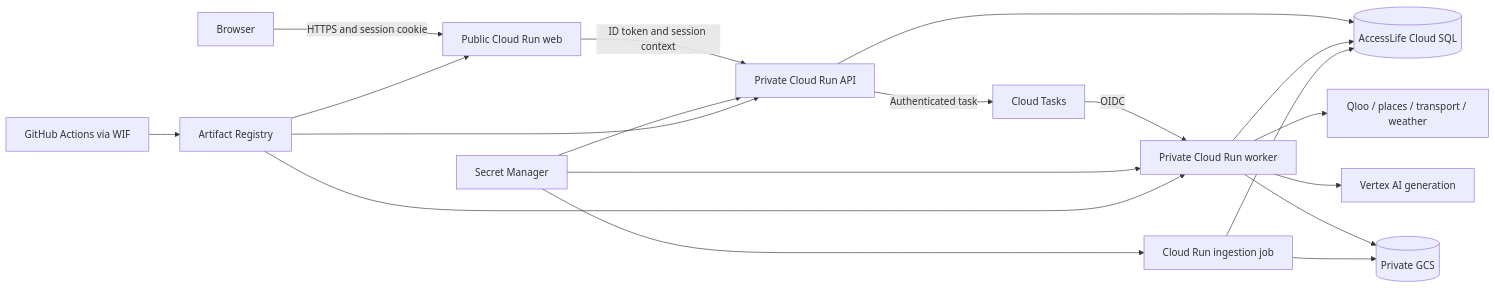
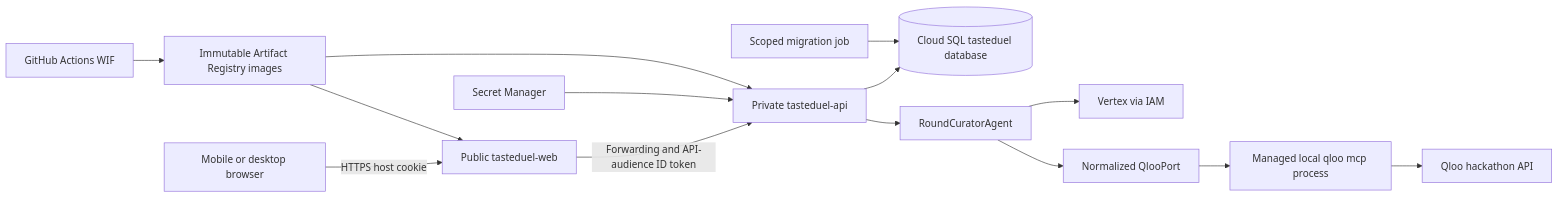
One commit to saimaharana4/accesslife-ai changed the second of 3 diagrams in ai/Architecture.md. Above: the diagram before and after it, drawn with Mermaid. The commit also changed other lines of this file and 13 other files, not shown here.

````diff
--- a/ai/Architecture.md
+++ b/ai/Architecture.md
@@ -40,21 +47,16 @@
 ```mermaid
 flowchart LR
-    Browser[Browser] -->|HTTPS and session cookie| Web[Public Cloud Run web]
-    Web -->|ID token and session context| API[Private Cloud Run API]
-    API --> SQL[(AccessLife Cloud SQL)]
-    API -->|Authenticated task| Queue[Cloud Tasks]
-    Queue -->|OIDC| Worker[Private Cloud Run worker]
-    Worker --> SQL
-    Worker --> Providers[Qloo / places / transport / weather]
-    Worker --> Vertex[Vertex AI generation]
-    Worker --> GCS[(Private GCS)]
-    Job[Cloud Run ingestion job] --> GCS
-    Job --> SQL
+    Browser[Mobile or desktop browser] -->|HTTPS host cookie| Web[Public tasteduel-web]
+    Web -->|Forwarding and API-audience ID token| API[Private tasteduel-api]
+    API --> DB[(Cloud SQL tasteduel database)]
+    API --> Curator[RoundCuratorAgent]
+    Curator --> Vertex[Vertex via IAM]
+    Curator --> Port[Normalized QlooPort]
+    Port --> MCP[Managed local qloo mcp process]
+    MCP --> Qloo[Qloo hackathon API]
     Secrets[Secret Manager] --> API
-    Secrets --> Worker
-    Secrets --> Job
-    CI[GitHub Actions via WIF] --> Registry[Artifact Registry]
+    Migration[Scoped migration job] --> DB
+    CI[GitHub Actions WIF] --> Registry[Immutable Artifact Registry images]
     Registry --> Web
     Registry --> API
-    Registry --> Worker
 ```
````
